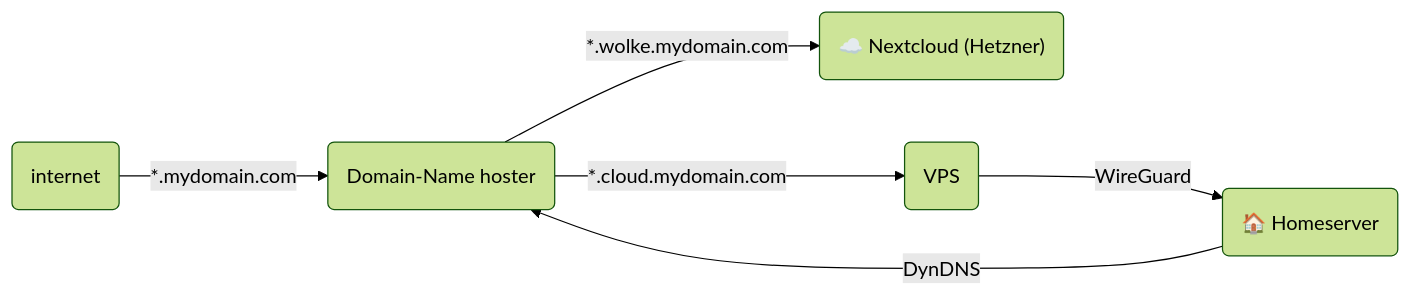
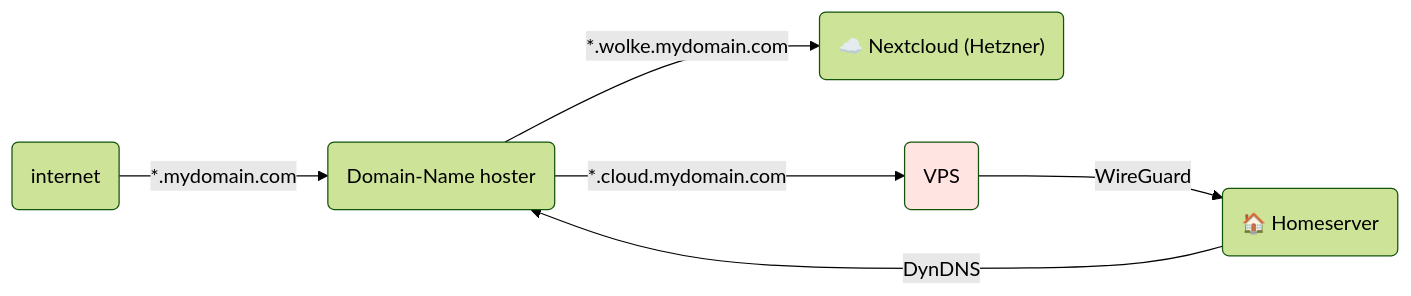
The second of 5 diagrams in presentation/slides.md (draptik/2025-selfhosting), drawn with Mermaid (forest theme) before and after one commit. The commit also changed other lines of this file, not shown here.

````diff
--- a/presentation/slides.md
+++ b/presentation/slides.md
@@ -121,15 +130,17 @@
 ```mermaid
 flowchart LR
 
   cloud("internet")
   hoster("Domain-Name hoster")
   hetzner("☁️ Nextcloud (Hetzner)")
   homeserver("🏠 Homeserver")
   vps("VPS")
 
   hoster -- *.wolke.mydomain.com --> hetzner
   cloud -- *.mydomain.com --> hoster
   hoster -- *.cloud.mydomain.com --> vps
   vps -- WireGuard --> homeserver
   homeserver -- DynDNS --> hoster
+
+  style vps fill:#ffe4e1
 ```
````
